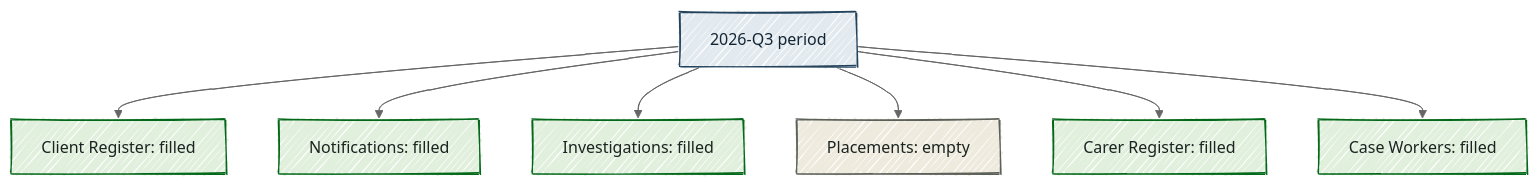
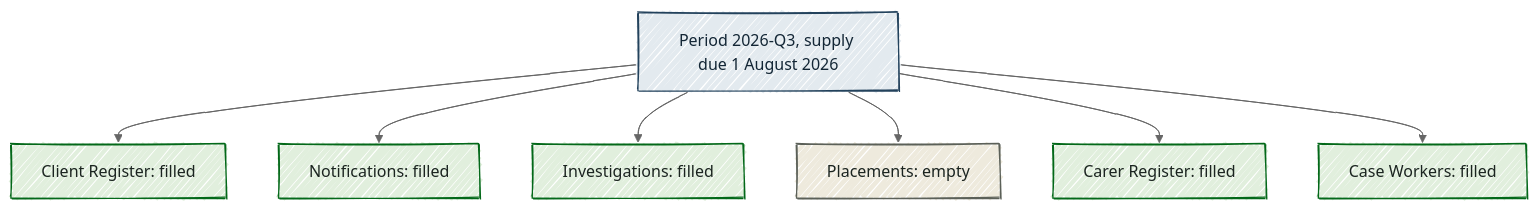
Before and after one commit to keithamoss/data-poc: the diagram in docs/explainers/2-calendar/periods-and-slots.md, drawn with Mermaid. The commit also changed other lines of this file, not shown here.

Commit message:
Periods and slots: the writer's story, period label and caption (Keith's comparison verdict)
Keith compared the writer-alone and illustrated versions and kept the
writer's, with the illustrator's colour guide. Ported the writer's story,
period label and caption, keeping every review fix ('filled', 'not counted
as late or short', the caption no longer claims the other slots are
untouched). Round 4 re-review: no critic findings; quote-check 56 and 74
found; both fact-check runs contradict one 'Why it's this way' sentence,
which goes to Keith's triage. Docs validate zero findings.

Claude-Session: https://claude.ai/code/session_01AFvXeir3s4rQBnbqrTqW9T

````diff
--- a/docs/explainers/2-calendar/periods-and-slots.md
+++ b/docs/explainers/2-calendar/periods-and-slots.md
@@ -83,24 +83,24 @@
 ```mermaid
 ---
 config:
   look: handDrawn
   handDrawnSeed: 42
   theme: neutral
 ---
 flowchart TD
-  accTitle: One empty slot names one missing table, and it does not make the 5 filled slots late or empty.
-  accDescr: One empty slot names one missing table, and it does not make the 5 filled slots late or empty.
-  P["2026-Q3 period"]
+  accTitle: One empty slot names one missing table, and the other 5 slots stand on their own.
+  accDescr: One empty slot names one missing table, and the other 5 slots stand on their own.
+  P["Period 2026-Q3, supply due 1 August 2026"]
   P --> S1["Client Register: filled"]
   P --> S2["Notifications: filled"]
   P --> S3["Investigations: filled"]
   P --> S4["Placements: empty"]
   P --> S5["Carer Register: filled"]
   P --> S6["Case Workers: filled"]
   classDef period fill:#E3EAEF,stroke:#23425C,color:#132635
   classDef filled fill:#E1EFDD,stroke:#036819,color:#1B2420
   classDef empty fill:#EEEADD,stroke:#5B6058,color:#1B2420
   class P period
   class S1,S2,S3,S5,S6 filled
   class S4 empty
 ```
````
